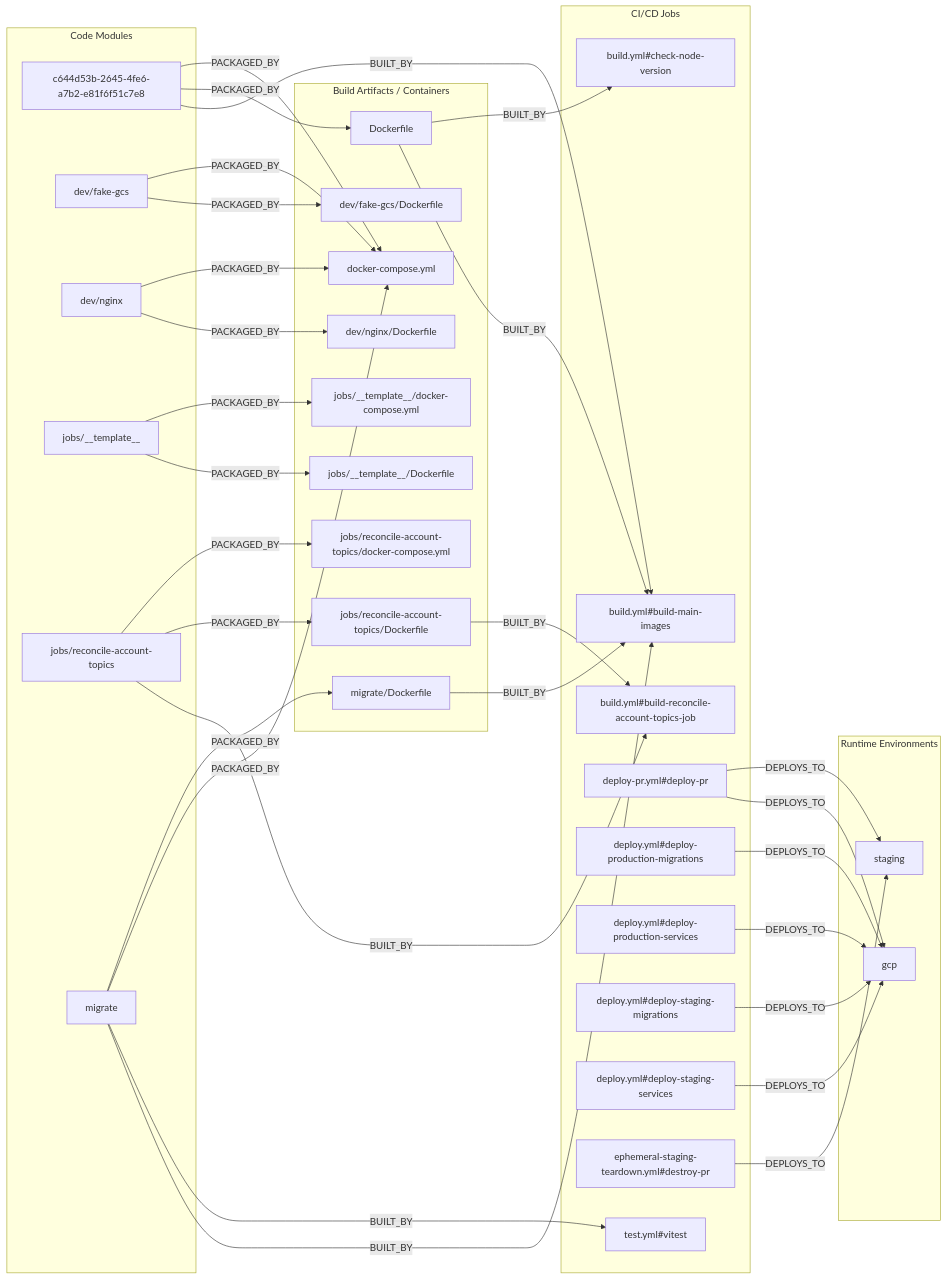
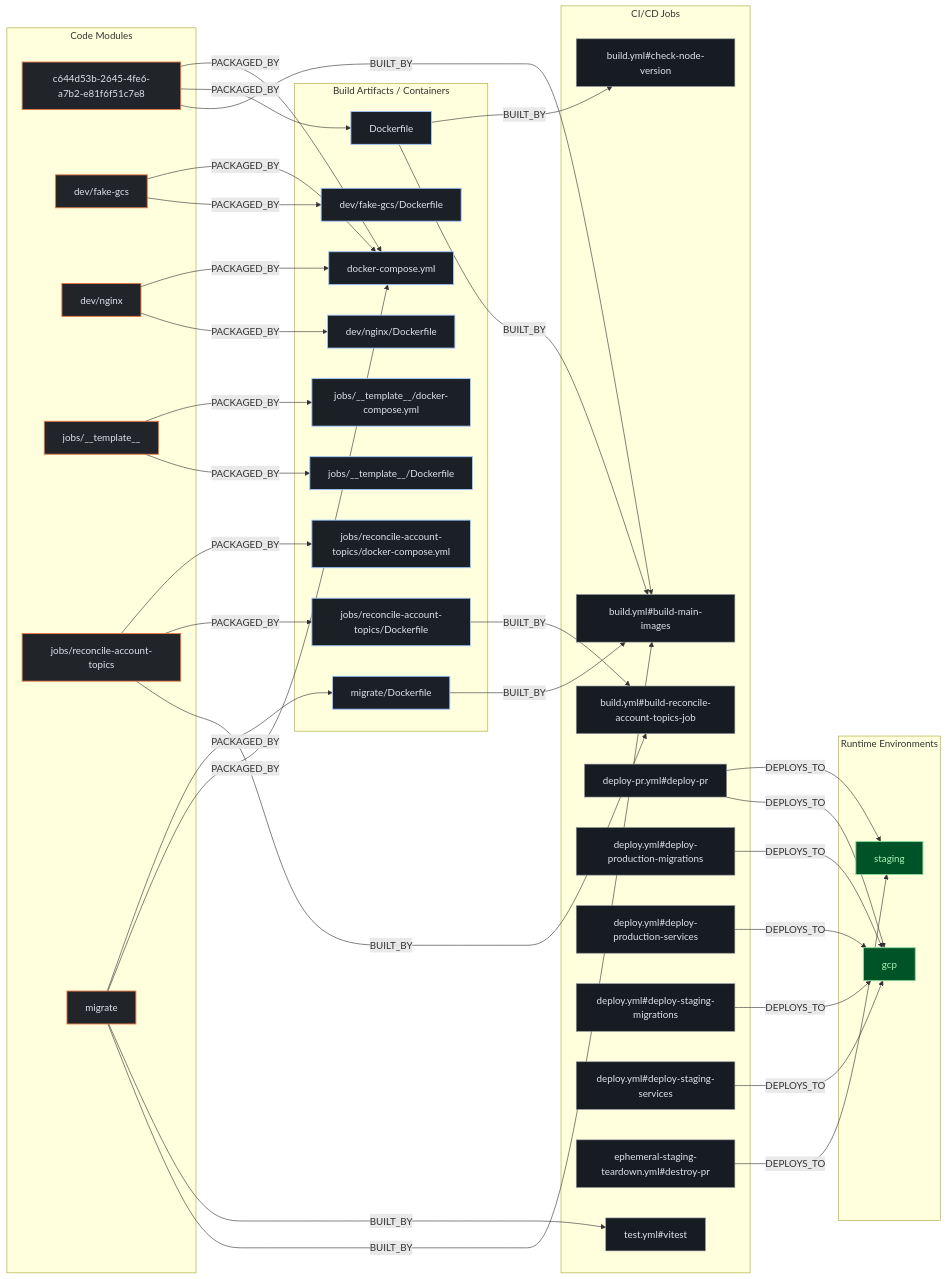
One commit to kumarshaz/atruss-code-atlas changed the second of 3 diagrams in exports/latest/reports/TryGhost-ActivityPub-report.md. Above: the diagram before and after it, drawn with Mermaid. The commit also changed other lines of this file and 331 other files, not shown here.

Commit message:
docs,ui,fix: update SDLC docs, reorder CI/CD DAG first, stylize Mermaid, and fix Arc42 pipeline topology

````diff
--- a/exports/latest/reports/TryGhost-ActivityPub-report.md
+++ b/exports/latest/reports/TryGhost-ActivityPub-report.md
@@ -193,65 +200,69 @@
 ```mermaid
 flowchart LR
+    classDef atlasCategory fill:#212428,stroke:#E87A48,stroke-width:1.5px,color:#dfe3eb
+    classDef atlasWorkflow fill:#1b2026,stroke:#a3c9ff,stroke-width:1.5px,color:#dfe3eb
+    classDef atlasJob fill:#171c22,stroke:#8d9199,stroke-width:1px,color:#dfe3eb
+    classDef atlasTarget fill:#005227,stroke:#8bd99b,stroke-width:1.5px,color:#a7f6b6
     subgraph code_modules["Code Modules"]
-        mod_c644d53b_2645_4fe6_a7b2_e81f6f51c7e8["c644d53b-2645-4fe6-a7b2-e81f6f51c7e8"]
-        mod_dev_fake_gcs["dev/fake-gcs"]
-        mod_dev_nginx["dev/nginx"]
-        mod_jobs___template__["jobs/__template__"]
-        mod_jobs_reconcile_account_topics["jobs/reconcile-account-topics"]
-        mod_migrate["migrate"]
+        mod_c644d53b_2645_4fe6_a7b2_e81f6f51c7e8["c644d53b-2645-4fe6-a7b2-e81f6f51c7e8"]:::atlasCategory
+        mod_dev_fake_gcs["dev/fake-gcs"]:::atlasCategory
+        mod_dev_nginx["dev/nginx"]:::atlasCategory
+        mod_jobs___template__["jobs/__template__"]:::atlasCategory
+        mod_jobs_reconcile_account_topics["jobs/reconcile-account-topics"]:::atlasCategory
+        mod_migrate["migrate"]:::atlasCategory
     end
     subgraph build_artifacts["Build Artifacts / Containers"]
-        art_Dockerfile["Dockerfile"]
-        art_dev_fake_gcs_Dockerfile["dev/fake-gcs/Dockerfile"]
-        art_dev_nginx_Dockerfile["dev/nginx/Dockerfile"]
-        art_docker_compose_yml["docker-compose.yml"]
-        art_jobs___template___Dockerfile["jobs/__template__/Dockerfile"]
-        art_jobs___template___docker_compose_yml["jobs/__template__/docker-compose.yml"]
-        art_jobs_reconcile_account_topics_Dockerfile["jobs/reconcile-account-topics/Dockerfile"]
-        art_jobs_reconcile_account_topics_docker_compose_yml["jobs/reconcile-account-topics/docker-compose.yml"]
-        art_migrate_Dockerfile["migrate/Dockerfile"]
+        art_Dockerfile["Dockerfile"]:::atlasWorkflow
+        art_dev_fake_gcs_Dockerfile["dev/fake-gcs/Dockerfile"]:::atlasWorkflow
+        art_dev_nginx_Dockerfile["dev/nginx/Dockerfile"]:::atlasWorkflow
+        art_docker_compose_yml["docker-compose.yml"]:::atlasWorkflow
+        art_jobs___template___Dockerfile["jobs/__template__/Dockerfile"]:::atlasWorkflow
+        art_jobs___template___docker_compose_yml["jobs/__template__/docker-compose.yml"]:::atlasWorkflow
+        art_jobs_reconcile_account_topics_Dockerfile["jobs/reconcile-account-topics/Dockerfile"]:::atlasWorkflow
+        art_jobs_reconcile_account_topics_docker_compose_yml["jobs/reconcile-account-topics/docker-compose.yml"]:::atlasWorkflow
+        art_migrate_Dockerfile["migrate/Dockerfile"]:::atlasWorkflow
     end
     subgraph ci_jobs["CI/CD Jobs"]
-        job_build_yml_build_main_images["build.yml#build-main-images"]
-        job_build_yml_build_reconcile_account_topics_job["build.yml#build-reconcile-account-topics-job"]
-        job_build_yml_check_node_version["build.yml#check-node-version"]
-        job_deploy_pr_yml_deploy_pr["deploy-pr.yml#deploy-pr"]
-        job_deploy_yml_deploy_production_migrations["deploy.yml#deploy-production-migrations"]
-        job_deploy_yml_deploy_production_services["deploy.yml#deploy-production-services"]
-        job_deploy_yml_deploy_staging_migrations["deploy.yml#deploy-staging-migrations"]
-        job_deploy_yml_deploy_staging_services["deploy.yml#deploy-staging-services"]
-        job_ephemeral_staging_teardown_yml_destroy_pr["ephemeral-staging-teardown.yml#destroy-pr"]
-        job_test_yml_vitest["test.yml#vitest"]
+        job_build_yml_build_main_images["build.yml#build-main-images"]:::atlasJob
+        job_build_yml_build_reconcile_account_topics_job["build.yml#build-reconcile-account-topics-job"]:::atlasJob
+        job_build_yml_check_node_version["build.yml#check-node-version"]:::atlasJob
+        job_deploy_pr_yml_deploy_pr["deploy-pr.yml#deploy-pr"]:::atlasJob
+        job_deploy_yml_deploy_production_migrations["deploy.yml#deploy-production-migrations"]:::atlasJob
+        job_deploy_yml_deploy_production_services["deploy.yml#deploy-production-services"]:::atlasJob
+        job_deploy_yml_deploy_staging_migrations["deploy.yml#deploy-staging-migrations"]:::atlasJob
+        job_deploy_yml_deploy_staging_services["deploy.yml#deploy-staging-services"]:::atlasJob
+        job_ephemeral_staging_teardown_yml_destroy_pr["ephemeral-staging-teardown.yml#destroy-pr"]:::atlasJob
+        job_test_yml_vitest["test.yml#vitest"]:::atlasJob
     end
     subgraph runtime_envs["Runtime Environments"]
-        env_gcp["gcp"]
-        env_staging["staging"]
+        env_gcp["gcp"]:::atlasTarget
+        env_staging["staging"]:::atlasTarget
     end
     job_deploy_pr_yml_deploy_pr -->|DEPLOYS_TO| env_gcp
     job_deploy_pr_yml_deploy_pr -->|DEPLOYS_TO| env_staging
     job_deploy_yml_deploy_production_migrations -->|DEPLOYS_TO| env_gcp
     job_deploy_yml_deploy_production_services -->|DEPLOYS_TO| env_gcp
     job_deploy_yml_deploy_staging_migrations -->|DEPLOYS_TO| env_gcp
     job_deploy_yml_deploy_staging_services -->|DEPLOYS_TO| env_gcp
     job_ephemeral_staging_teardown_yml_destroy_pr -->|DEPLOYS_TO| env_staging
     mod_c644d53b_2645_4fe6_a7b2_e81f6f51c7e8 -->|BUILT_BY| job_build_yml_build_main_images
     mod_c644d53b_2645_4fe6_a7b2_e81f6f51c7e8 -->|PACKAGED_BY| art_Dockerfile
     mod_c644d53b_2645_4fe6_a7b2_e81f6f51c7e8 -->|PACKAGED_BY| art_docker_compose_yml
     mod_dev_fake_gcs -->|PACKAGED_BY| art_dev_fake_gcs_Dockerfile
     mod_dev_fake_gcs -->|PACKAGED_BY| art_docker_compose_yml
     mod_dev_nginx -->|PACKAGED_BY| art_dev_nginx_Dockerfile
     mod_dev_nginx -->|PACKAGED_BY| art_docker_compose_yml
     mod_jobs___template__ -->|PACKAGED_BY| art_jobs___template___Dockerfile
     mod_jobs___template__ -->|PACKAGED_BY| art_jobs___template___docker_compose_yml
     mod_jobs_reconcile_account_topics -->|BUILT_BY| job_build_yml_build_reconcile_account_topics_job
     mod_jobs_reconcile_account_topics -->|PACKAGED_BY| art_jobs_reconcile_account_topics_Dockerfile
     mod_jobs_reconcile_account_topics -->|PACKAGED_BY| art_jobs_reconcile_account_topics_docker_compose_yml
     mod_migrate -->|BUILT_BY| job_build_yml_build_main_images
     mod_migrate -->|BUILT_BY| job_test_yml_vitest
     mod_migrate -->|PACKAGED_BY| art_docker_compose_yml
     mod_migrate -->|PACKAGED_BY| art_migrate_Dockerfile
     art_Dockerfile -->|BUILT_BY| job_build_yml_build_main_images
     art_Dockerfile -->|BUILT_BY| job_build_yml_check_node_version
     art_jobs_reconcile_account_topics_Dockerfile -->|BUILT_BY| job_build_yml_build_reconcile_account_topics_job
     art_migrate_Dockerfile -->|BUILT_BY| job_build_yml_build_main_images
 ```
````
